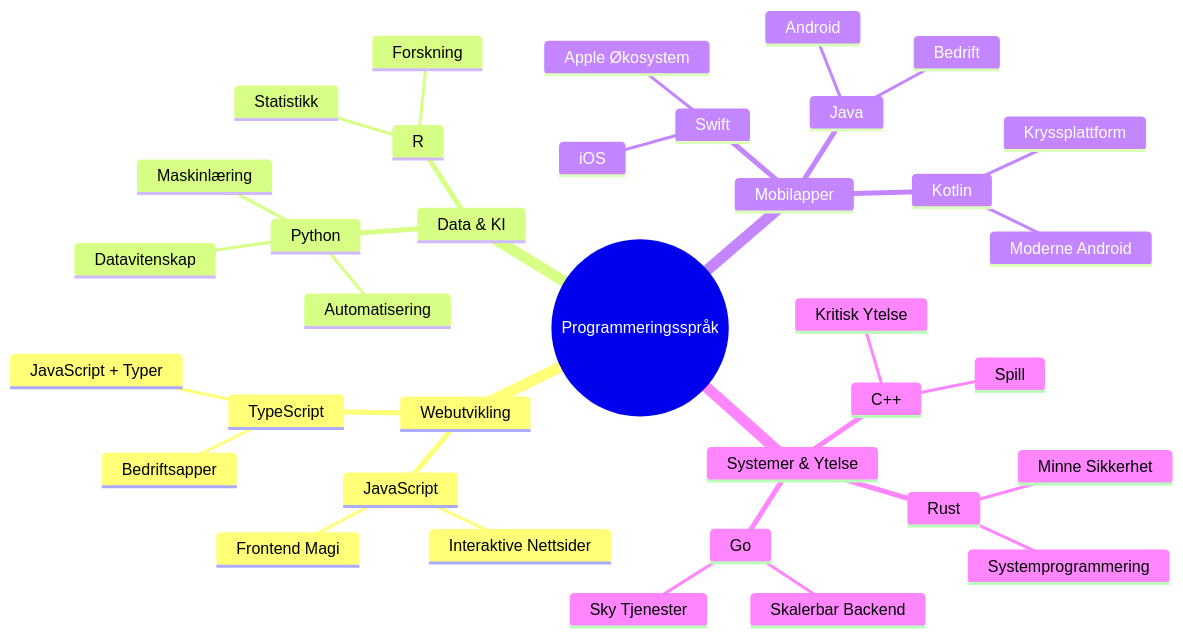
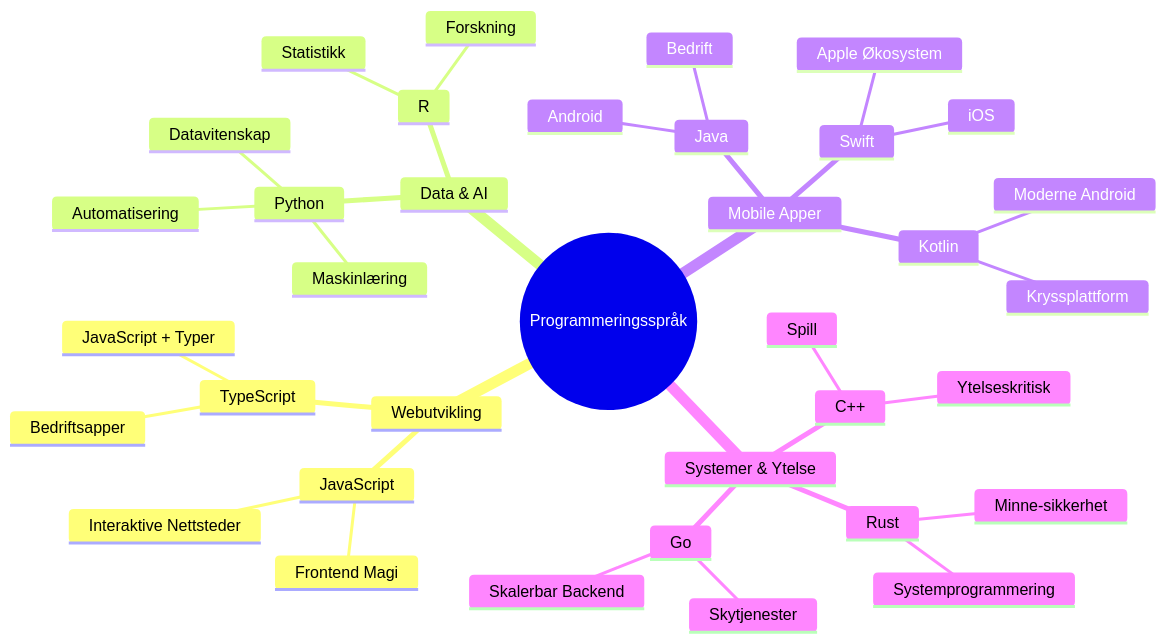
Before and after one commit to microsoft/Web-Dev-For-Beginners: the second of 7 diagrams in translations/no/1-getting-started-lessons/1-intro-to-programming-languages/README.md, drawn with Mermaid. The commit also changed other lines of this file and 8 other files, not shown here.

````diff
--- a/translations/no/1-getting-started-lessons/1-intro-to-programming-languages/README.md
+++ b/translations/no/1-getting-started-lessons/1-intro-to-programming-languages/README.md
@@ -85,39 +85,39 @@
 ```mermaid
 mindmap
   root((Programmeringsspråk))
     Webutvikling
       JavaScript
         Frontend Magi
-        Interaktive Nettsider
+        Interaktive Nettsteder
       TypeScript
         JavaScript + Typer
         Bedriftsapper
-    Data & KI
+    Data & AI
       Python
         Datavitenskap
         Maskinlæring
         Automatisering
       R
         Statistikk
         Forskning
-    Mobilapper
+    Mobile Apper
       Java
         Android
         Bedrift
       Swift
         iOS
         Apple Økosystem
       Kotlin
         Moderne Android
         Kryssplattform
     Systemer & Ytelse
       C++
         Spill
-        Kritisk Ytelse
+        Ytelseskritisk
       Rust
-        Minne Sikkerhet
+        Minne-sikkerhet
         Systemprogrammering
       Go
-        Sky Tjenester
+        Skytjenester
         Skalerbar Backend
 ```
````
